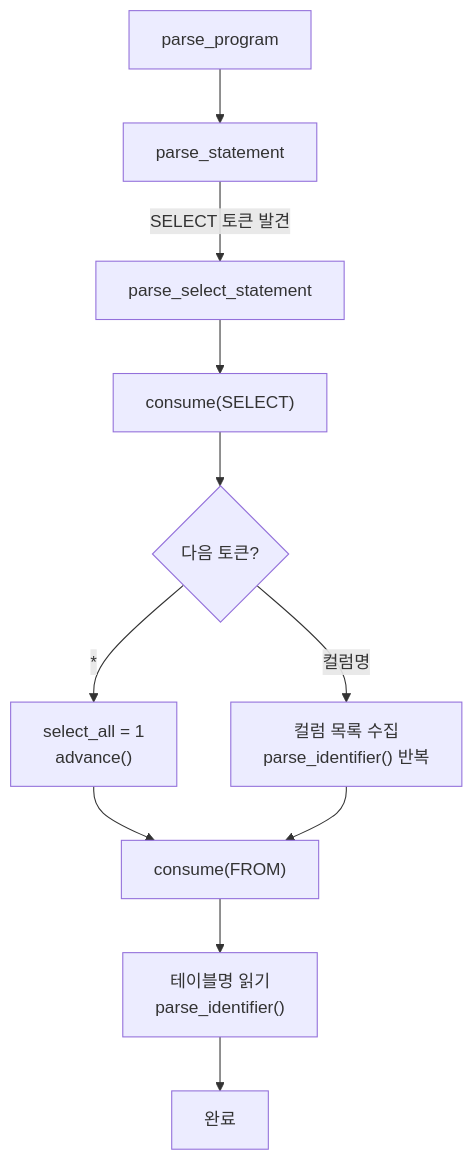
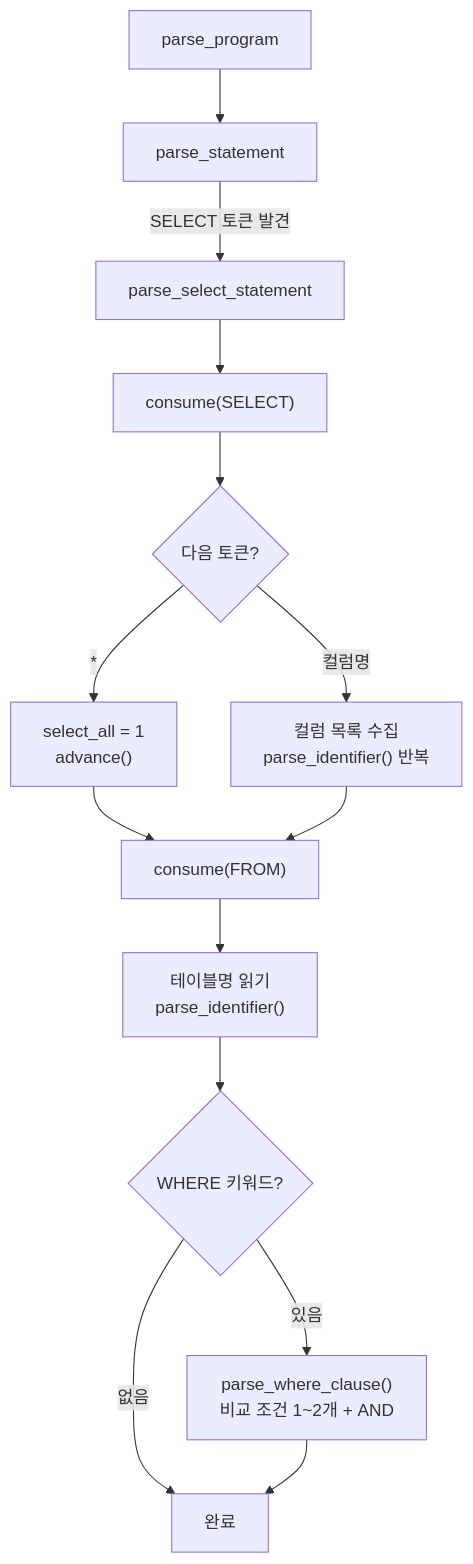
Before and after one commit to Jungle-12-303/week6-team5-sql: the fifth of 11 diagrams in GUIDE.md, drawn with Mermaid. The commit also changed other lines of this file and 4 other files, not shown here.

````diff
--- a/GUIDE.md
+++ b/GUIDE.md
@@ -358,13 +400,16 @@
 ```mermaid
 flowchart TD
     A[parse_program] --> B[parse_statement]
     B -- SELECT 토큰 발견 --> C[parse_select_statement]
     C --> D["consume(SELECT)"]
     D --> E{다음 토큰?}
     E -- "*" --> F["select_all = 1\nadvance()"]
     E -- 컬럼명 --> G["컬럼 목록 수집\nparse_identifier() 반복"]
     F --> H["consume(FROM)"]
     G --> H
     H --> I["테이블명 읽기\nparse_identifier()"]
-    I --> J[완료]
+    I --> J{"WHERE 키워드?"}
+    J -- 없음 --> K[완료]
+    J -- 있음 --> L["parse_where_clause()\n비교 조건 1~2개 + AND"]
+    L --> K
 ```
````
